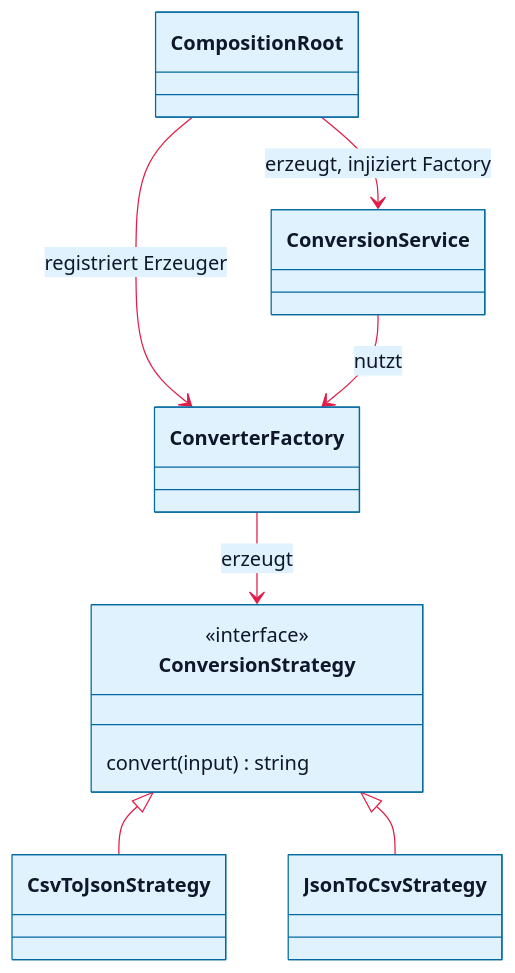
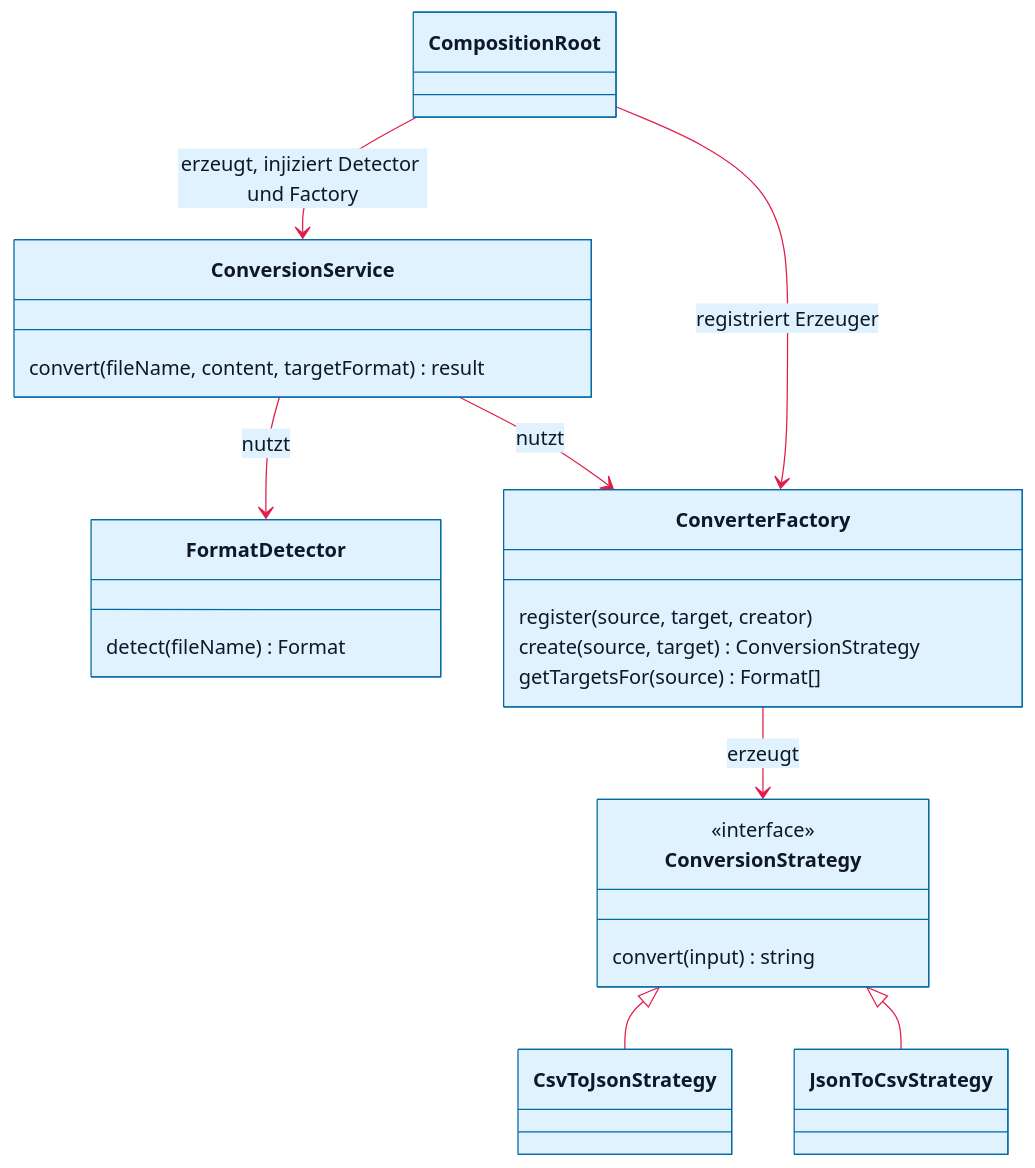
One commit to App-Akademie-Students/ols-fs-007-fileconverter_progress changed the diagram in docs/class-diagram.md. Above: the diagram before and after it, drawn with Mermaid. The commit also changed other lines of this file and 15 other files, not shown here.

````diff
--- a/docs/class-diagram.md
+++ b/docs/class-diagram.md
@@ -5,22 +5,32 @@
 ```mermaid
 %%{init: {"theme": "base", "themeVariables": {"lineColor": "#e11d48", "primaryColor": "#e0f2fe", "primaryTextColor": "#0f172a", "primaryBorderColor": "#0369a1"}}}%%
 classDiagram
     direction TB
 
     class CompositionRoot
-    class ConversionService
-    class ConverterFactory
+    class ConversionService {
+        convert(fileName, content, targetFormat) result
+    }
+    class FormatDetector {
+        detect(fileName) Format
+    }
+    class ConverterFactory {
+        register(source, target, creator)
+        create(source, target) ConversionStrategy
+        getTargetsFor(source) Format[]
+    }
     class ConversionStrategy {
         <<interface>>
         convert(input) string
     }
     class CsvToJsonStrategy
     class JsonToCsvStrategy
 
-    CompositionRoot --> ConversionService : erzeugt, injiziert Factory
+    CompositionRoot --> ConversionService : erzeugt, injiziert Detector und Factory
     CompositionRoot --> ConverterFactory : registriert Erzeuger
+    ConversionService --> FormatDetector : nutzt
     ConversionService --> ConverterFactory : nutzt
     ConverterFactory --> ConversionStrategy : erzeugt
     ConversionStrategy <|-- CsvToJsonStrategy
     ConversionStrategy <|-- JsonToCsvStrategy
 ```
````
